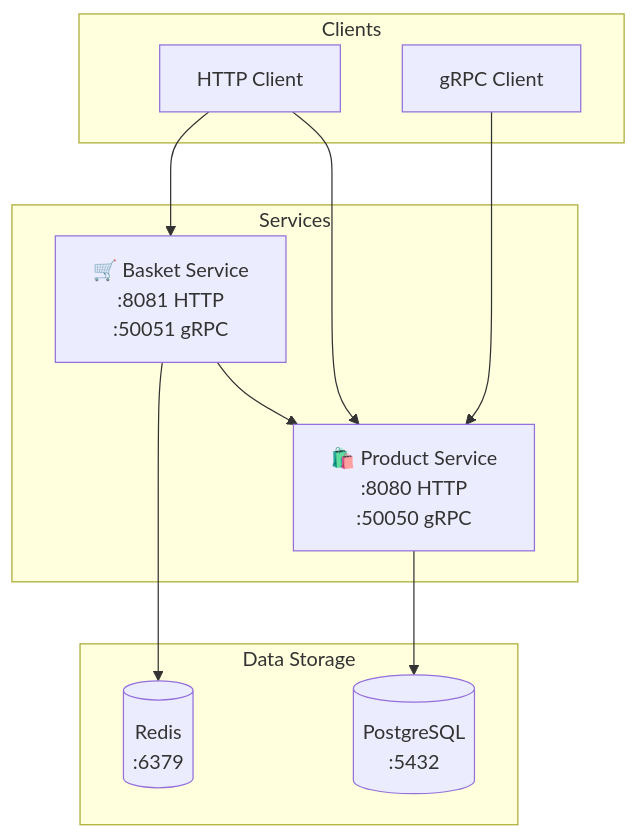
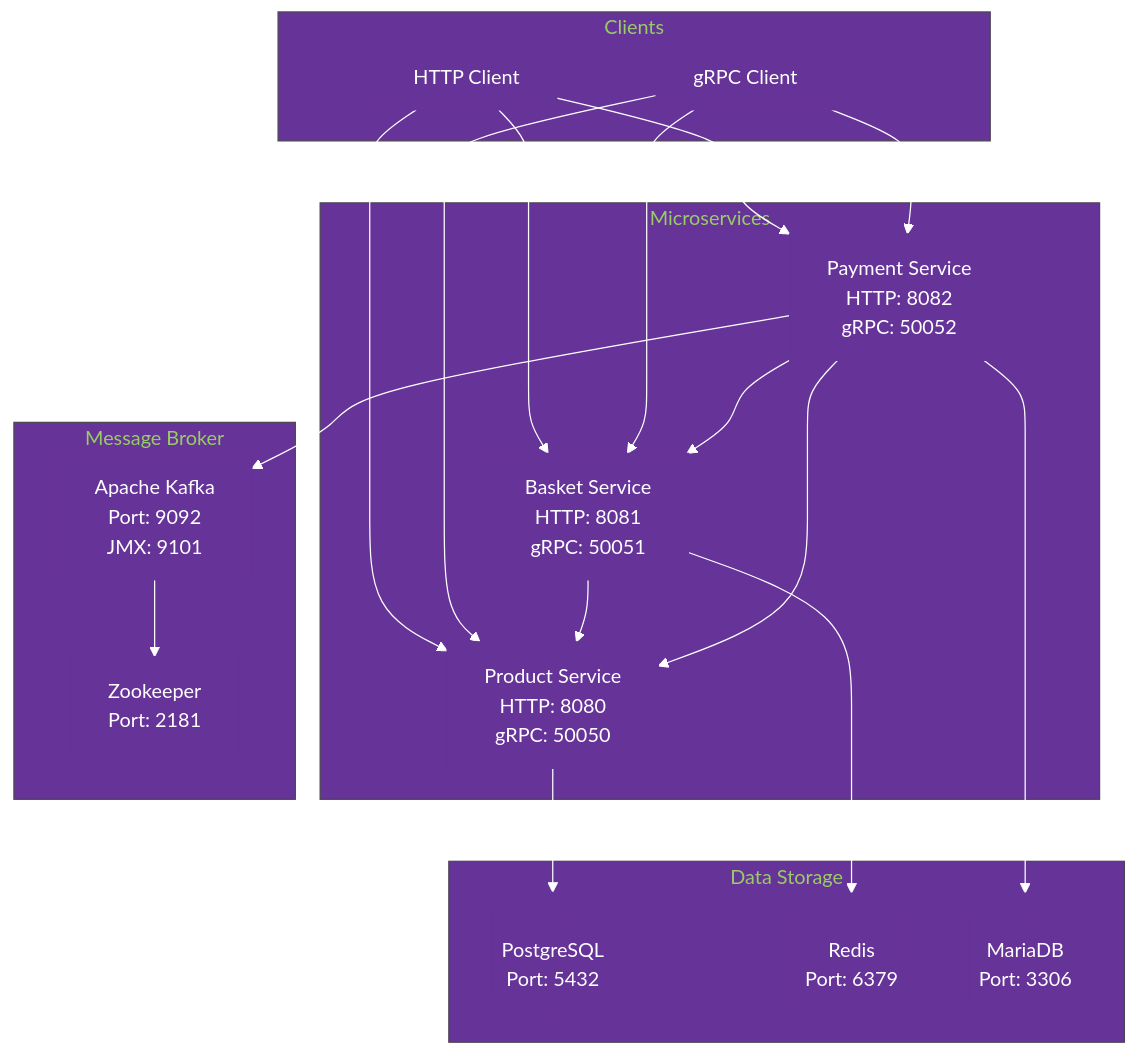
One commit to ozturkeniss/obs-tools-usage changed the first of 17 diagrams in README.md. Above: the diagram before and after it, drawn with Mermaid. The commit also changed other lines of this file, not shown here.

First line of the commit message:
Enhance README with detailed architecture and service information

````diff
--- a/README.md
+++ b/README.md
@@ -3,24 +5,43 @@
 ```mermaid
+%%{init: {'theme':'base', 'themeVariables': { 'primaryColor': '#663399', 'primaryTextColor': '#ffffff', 'primaryBorderColor': '#663399', 'lineColor': '#ffffff', 'secondaryColor': '#663399', 'tertiaryColor': '#663399'}}}%%
 graph TB
-    subgraph "Services"
-        Product[🛍️ Product Service<br/>:8080 HTTP<br/>:50050 gRPC]
-        Basket[🛒 Basket Service<br/>:8081 HTTP<br/>:50051 gRPC]
+    subgraph "Microservices"
+        Product[Product Service<br/>HTTP: 8080<br/>gRPC: 50050]
+        Basket[Basket Service<br/>HTTP: 8081<br/>gRPC: 50051]
+        Payment[Payment Service<br/>HTTP: 8082<br/>gRPC: 50052]
     end
     
     subgraph "Data Storage"
-        PostgreSQL[(PostgreSQL<br/>:5432)]
-        Redis[(Redis<br/>:6379)]
+        PostgreSQL[(PostgreSQL<br/>Port: 5432)]
+        Redis[(Redis<br/>Port: 6379)]
+        MariaDB[(MariaDB<br/>Port: 3306)]
+    end
+    
+    subgraph "Message Broker"
+        Kafka[Apache Kafka<br/>Port: 9092<br/>JMX: 9101]
+        Zookeeper[Zookeeper<br/>Port: 2181]
     end
     
     subgraph "Clients"
         HTTPClient[HTTP Client]
         GRPCClient[gRPC Client]
     end
     
     HTTPClient --> Product
     HTTPClient --> Basket
+    HTTPClient --> Payment
     GRPCClient --> Product
-    Basket --> Product
+    GRPCClient --> Basket
+    GRPCClient --> Payment
+    
     Product --> PostgreSQL
     Basket --> Redis
+    Payment --> MariaDB
+    
+    Basket --> Product
+    Payment --> Basket
+    Payment --> Product
+    
+    Payment --> Kafka
+    Kafka --> Zookeeper
 ```
````
